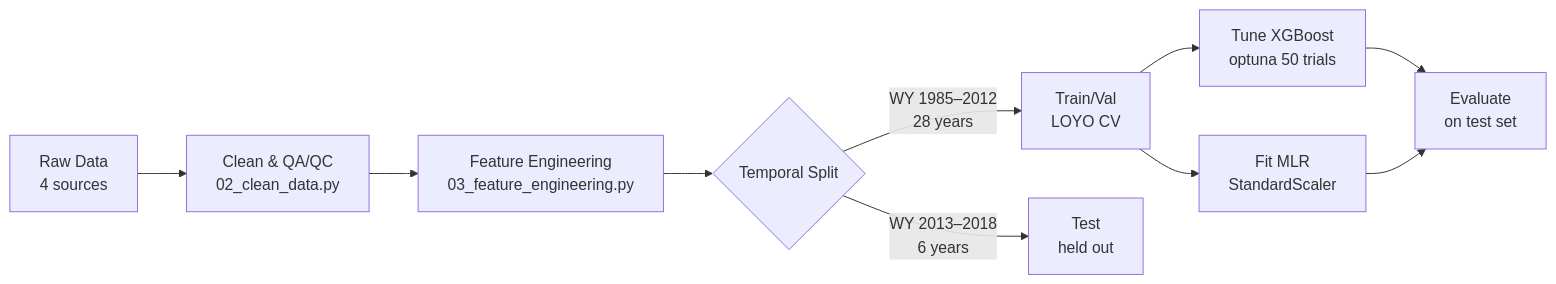
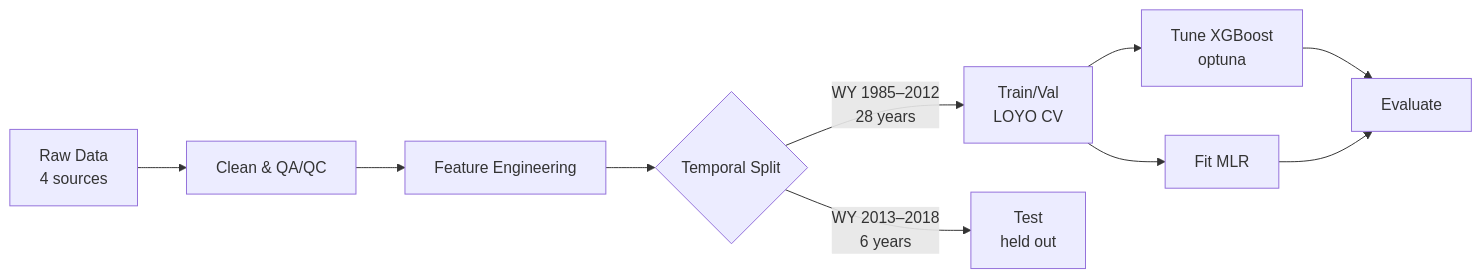
One commit to victoria-reynolds-pnnl/ESSD_AI_Competition_1 changed the diagram in ai_delinquents/week_5_files/presentation.qmd. Above: the diagram before and after it, drawn with Mermaid. The commit also changed other lines of this file and 3 other files, not shown here.

````diff
--- a/ai_delinquents/week_5_files/presentation.qmd
+++ b/ai_delinquents/week_5_files/presentation.qmd
@@ -90,12 +89,12 @@
 ```{mermaid}
 flowchart LR
-  A[Raw Data\n4 sources] --> B[Clean & QA/QC\n02_clean_data.py]
-  B --> C[Feature Engineering\n03_feature_engineering.py]
+  A[Raw Data\n4 sources] --> B[Clean & QA/QC]
+  B --> C[Feature Engineering]
   C --> D{Temporal Split}
   D -->|WY 1985–2012\n28 years| E[Train/Val\nLOYO CV]
   D -->|WY 2013–2018\n6 years| F[Test\nheld out]
-  E --> G[Tune XGBoost\noptuna 50 trials]
-  E --> H[Fit MLR\nStandardScaler]
-  G --> I[Evaluate\non test set]
+  E --> G[Tune XGBoost\noptuna]
+  E --> H[Fit MLR]
+  G --> I[Evaluate]
   H --> I
 ```
````
